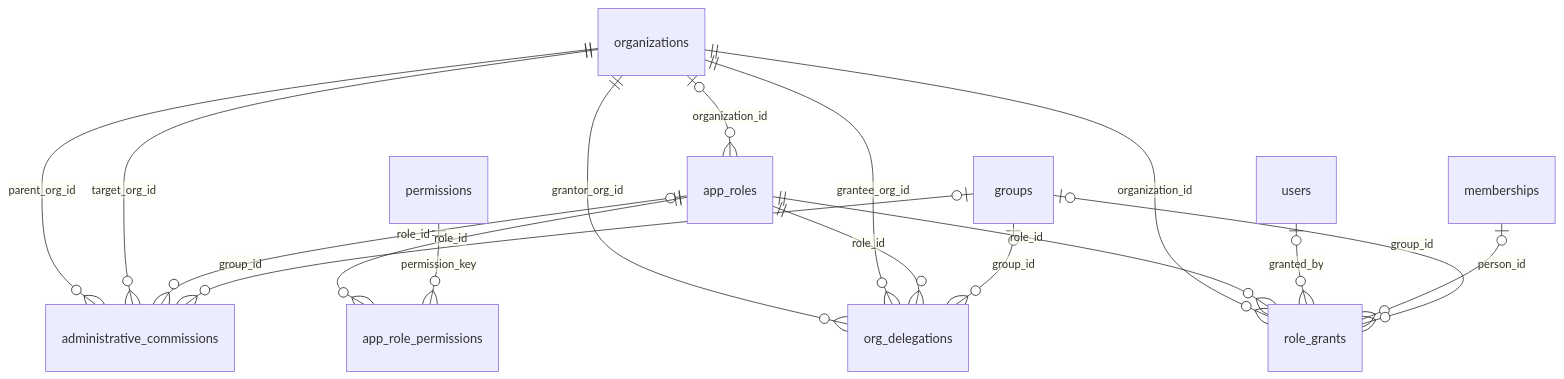
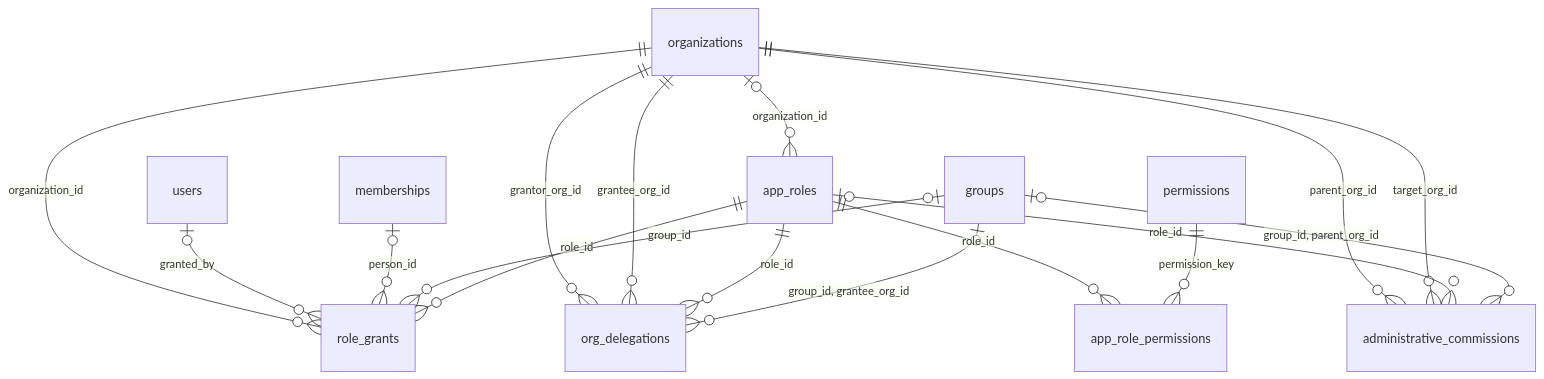
One commit to chenson42/presby changed the seventh of 11 diagrams in docs/schema-design.md. Above: the diagram before and after it, drawn with Mermaid. The commit also changed other lines of this file and 10 other files, not shown here.

````diff
--- a/docs/schema-design.md
+++ b/docs/schema-design.md
@@ -199,19 +202,19 @@
 ```mermaid
 erDiagram
   organizations ||--o{ administrative_commissions : "parent_org_id"
   organizations ||--o{ administrative_commissions : "target_org_id"
   app_roles |o--o{ administrative_commissions : "role_id"
-  groups |o--o{ administrative_commissions : "group_id"
+  groups |o--o{ administrative_commissions : "group_id, parent_org_id"
   app_roles ||--o{ app_role_permissions : "role_id"
   permissions ||--o{ app_role_permissions : "permission_key"
   organizations |o--o{ app_roles : "organization_id"
   organizations ||--o{ org_delegations : "grantor_org_id"
   organizations ||--o{ org_delegations : "grantee_org_id"
   app_roles ||--o{ org_delegations : "role_id"
-  groups |o--o{ org_delegations : "group_id"
+  groups |o--o{ org_delegations : "group_id, grantee_org_id"
   organizations ||--o{ role_grants : "organization_id"
-  app_roles ||--o{ role_grants : "role_id"
   users |o--o{ role_grants : "granted_by"
   memberships |o--o{ role_grants : "person_id"
   groups |o--o{ role_grants : "group_id"
+  app_roles ||--o{ role_grants : "role_id"
 ```
````
